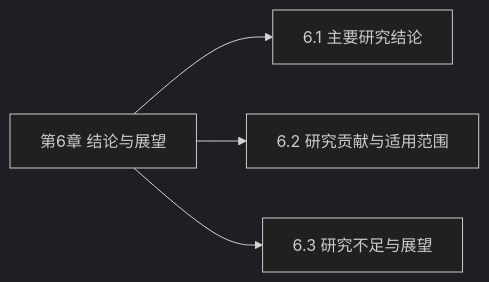
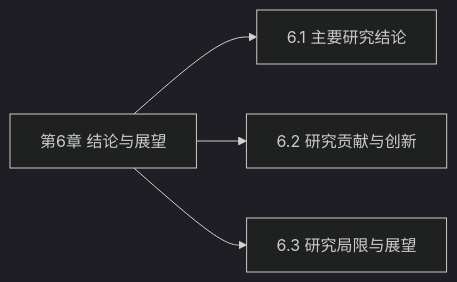
The diagram in 论文章节/章节导航/06-结论.md (WYLINX601/Linx_paper), drawn with Mermaid (dark theme) before and after one commit. The commit also changed other lines of this file and 147 other files, not shown here.

````diff
--- a/论文章节/章节导航/06-结论.md
+++ b/论文章节/章节导航/06-结论.md
@@ -63,10 +63,10 @@
 ```mermaid
 flowchart LR
   chapter-6["第6章 结论与展望"]
   section-6-1["6.1 主要研究结论"]
   chapter-6 --> section-6-1
-  section-6-2["6.2 研究贡献与适用范围"]
+  section-6-2["6.2 研究贡献与创新"]
   chapter-6 --> section-6-2
-  section-6-3["6.3 研究不足与展望"]
+  section-6-3["6.3 研究局限与展望"]
   chapter-6 --> section-6-3
 ```
````
